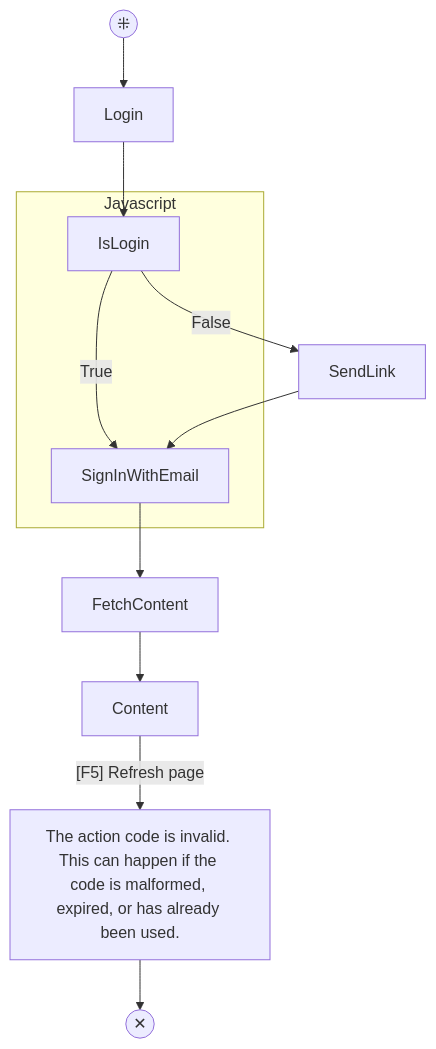
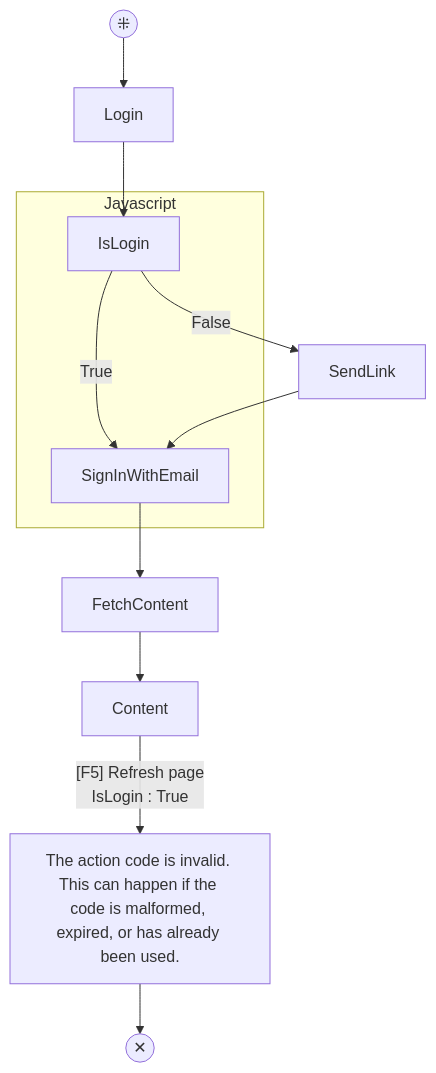
Before and after one commit to bique14/Passwordless-web-elm: the diagram in README.md, drawn with Mermaid.

Commit message:
Update state diagram

````diff
--- a/README.md
+++ b/README.md
@@ -3,30 +3,30 @@
 ```mermaid
 graph TD
 
 init(("⁜"))
 login[Login]
 fetchContent[FetchContent]
 content[Content]
 sendLink[SendLink]
 error[The action code is invalid. This can happen if the code is malformed, expired, or has already been used.]
 dead(("✕"))
 
 
 
 init --> login
 login --> isLogin
 isLogin -- False --> sendLink
 isLogin -- True --> signInWithEmail
 sendLink --> signInWithEmail
 signInWithEmail --> fetchContent
 fetchContent --> content
-content -- "[F5] Refresh page" --> error
+content -- "[F5] Refresh page<br>IsLogin : True" --> error
 error --> dead
 
 
 subgraph Javascript
 isLogin[IsLogin]
 signInWithEmail[SignInWithEmail]
 end
 
 ```
````
